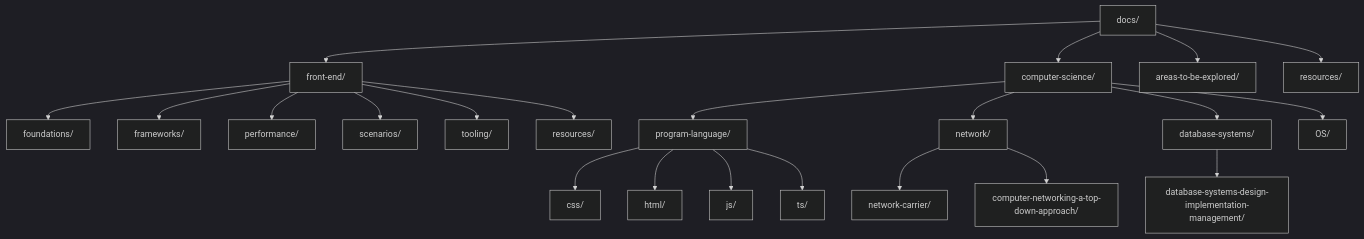
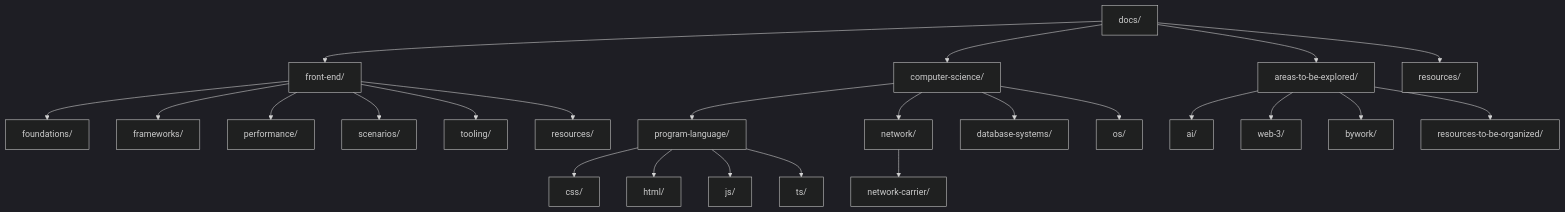
One commit to suneo02/tech-knowledge-base changed the diagram in library/architecture.md. Above: the diagram before and after it, drawn with Mermaid (dark theme). The commit also changed other lines of this file and 34 other files, not shown here.

````diff
--- a/library/architecture.md
+++ b/library/architecture.md
@@ -7,29 +7,31 @@
 ```mermaid
 graph TD
   ROOT[docs/] --> FE[front-end/]
   ROOT --> CS[computer-science/]
   ROOT --> AE[areas-to-be-explored/]
   ROOT --> RES[resources/]
   
   FE --> FE_FOUND[foundations/]
   FE --> FE_FW[frameworks/]
   FE --> FE_PERF[performance/]
   FE --> FE_SCN[scenarios/]
   FE --> FE_TOOL[tooling/]
   FE --> FE_RES[resources/]
   
   CS --> PL[program-language/]
   CS --> NET[network/]
   CS --> DB[database-systems/]
-  CS --> OS[OS/]
+  CS --> OS[os/]
   
   PL --> CSS[css/]
   PL --> HTML[html/]
   PL --> JS[js/]
   PL --> TS[ts/]
   
   NET --> NC[network-carrier/]
-  NET --> BOOK[computer-networking-a-top-down-approach/]
   
-  DB --> BOOKDB[database-systems-design-implementation-management/]
+  AE --> AE_AI[ai/]
+  AE --> AE_WEB3[web-3/]
+  AE --> AE_BYWORK[bywork/]
+  AE --> AE_RES[resources-to-be-organized/]
 ```
````
